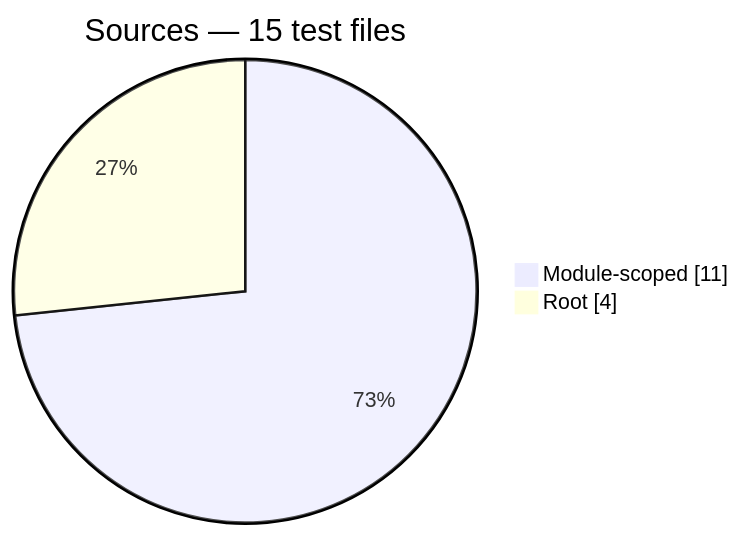
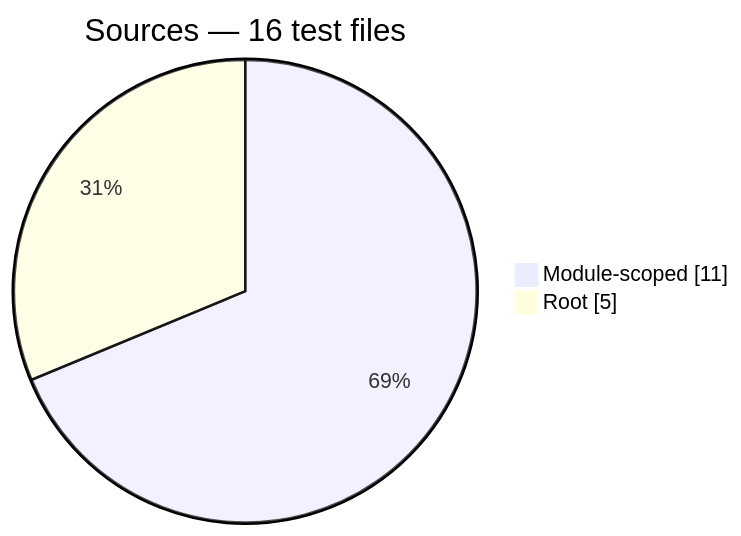
The fifth of 9 diagrams in docs/generated/test-composition.md (Mohammed-Alama/php-arazzo), drawn with Mermaid before and after one commit. The commit also changed other lines of this file and 19 other files, not shown here.

Commit message:
feat(sources): wire SourceNormalizerRegistry into SourceGraph::loader and SourceGraph::runtime; add SourceNormalizerRegistry and SourceNormalizerRegistryInterface; add DocumentFacadeNormalizeTest; fix SourceLoader normalizeSources; all gates green

````diff
--- a/docs/generated/test-composition.md
+++ b/docs/generated/test-composition.md
@@ -70,6 +70,6 @@
 ```mermaid
 pie showData
-    title Sources — 15 test files
+    title Sources — 16 test files
     "Module-scoped": 11
-    "Root": 4
+    "Root": 5
 ```
````
